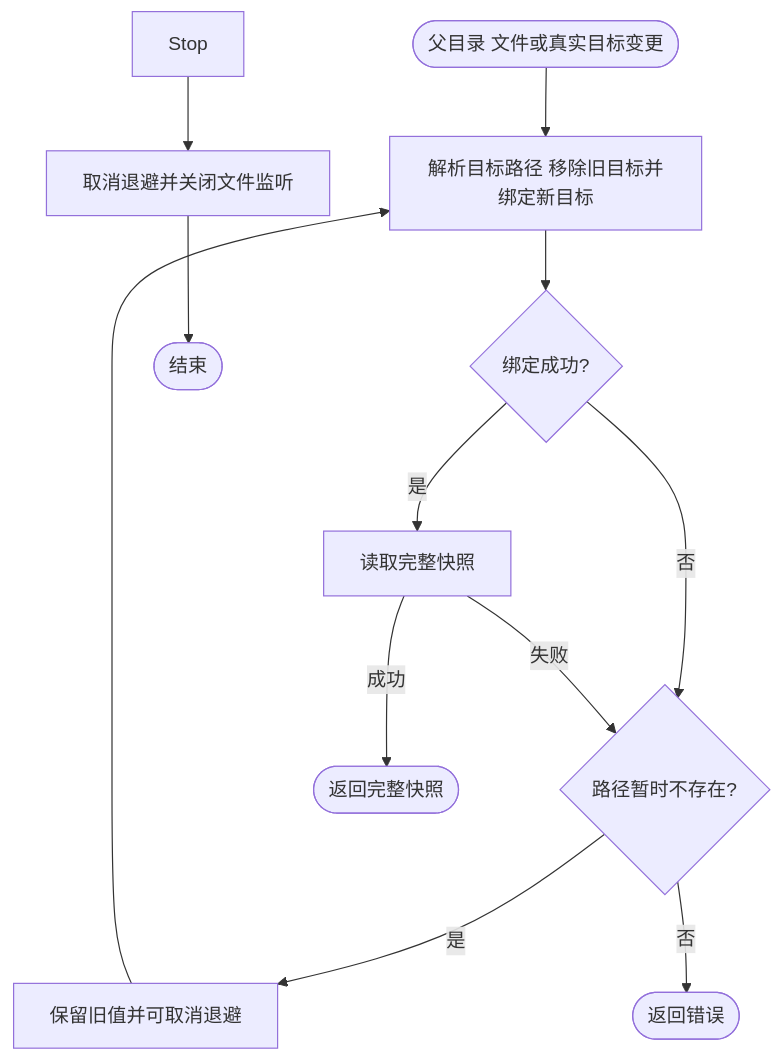
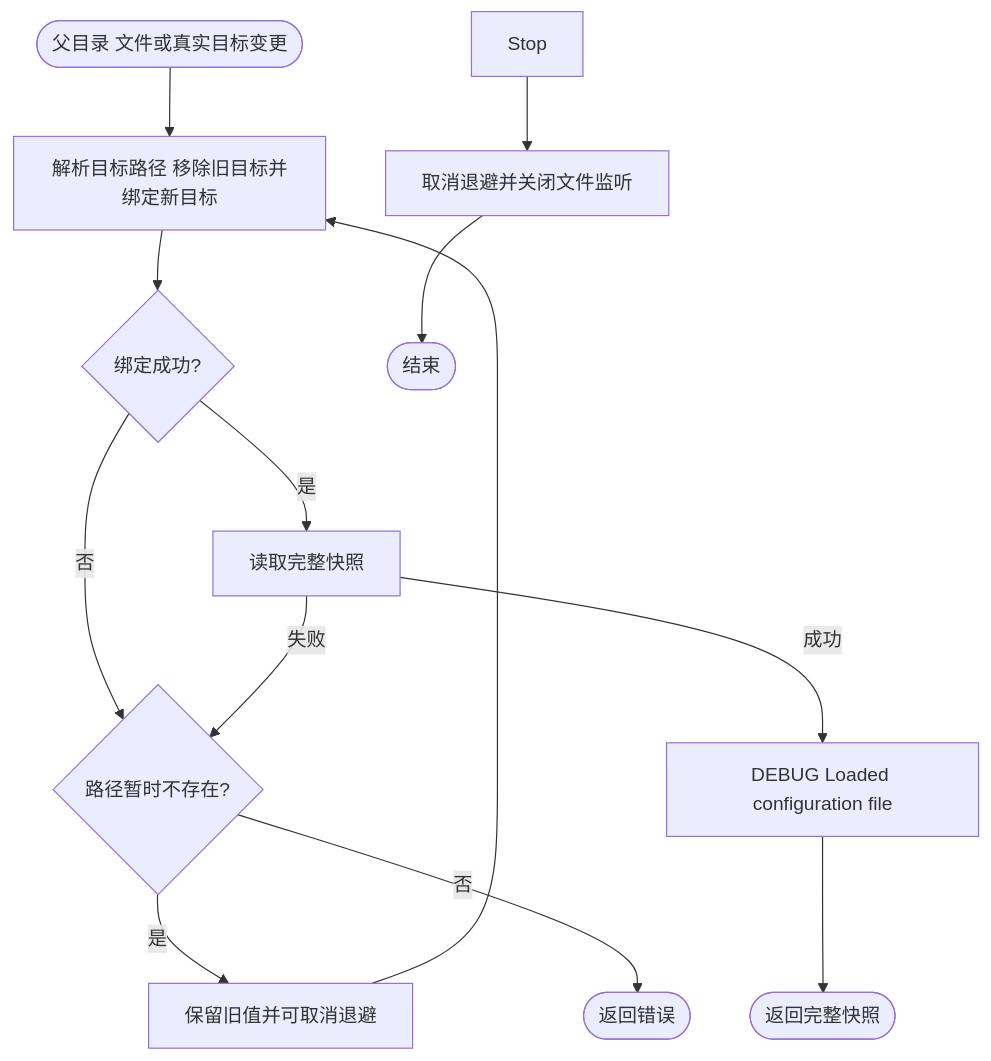
The first of 2 diagrams in contrib/config/file/README.md (jaggerzhuang1994/kratos-foundation), drawn with Mermaid before and after one commit. The commit also changed other lines of this file and 19 other files, not shown here.

````diff
--- a/contrib/config/file/README.md
+++ b/contrib/config/file/README.md
@@ -44,14 +46,15 @@
 ```mermaid
 flowchart TD
     A([父目录 文件或真实目标变更]) --> T[解析目标路径 移除旧目标并绑定新目标]
     T --> C{绑定成功?}
     C -- 是 --> B[读取完整快照]
     C -- 否 --> E{路径暂时不存在?}
     B -->|失败| E
-    B -->|成功| H([返回完整快照])
+    B -->|成功| DL[DEBUG Loaded configuration file]
+    DL --> H([返回完整快照])
     E -- 是 --> D[保留旧值并可取消退避]
     D --> T
     E -- 否 --> I([返回错误])
     F[Stop] --> G[取消退避并关闭文件监听]
     G --> J([结束])
 ```
````
